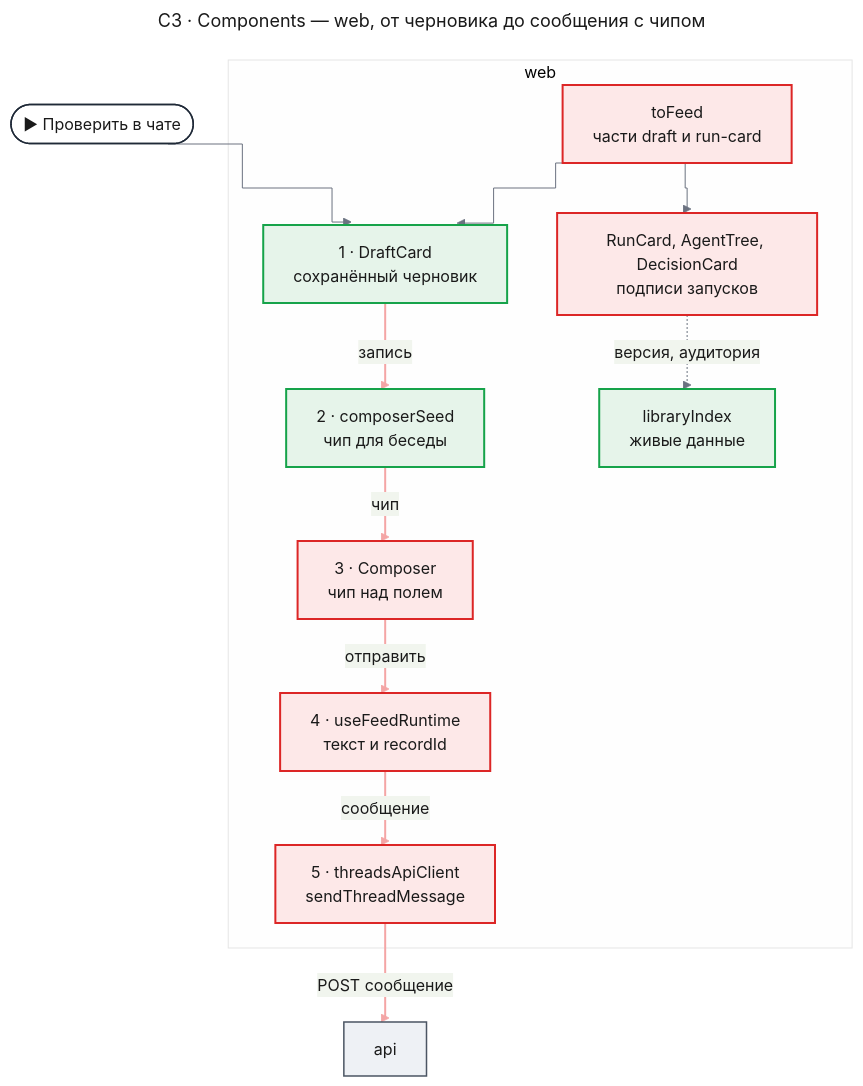
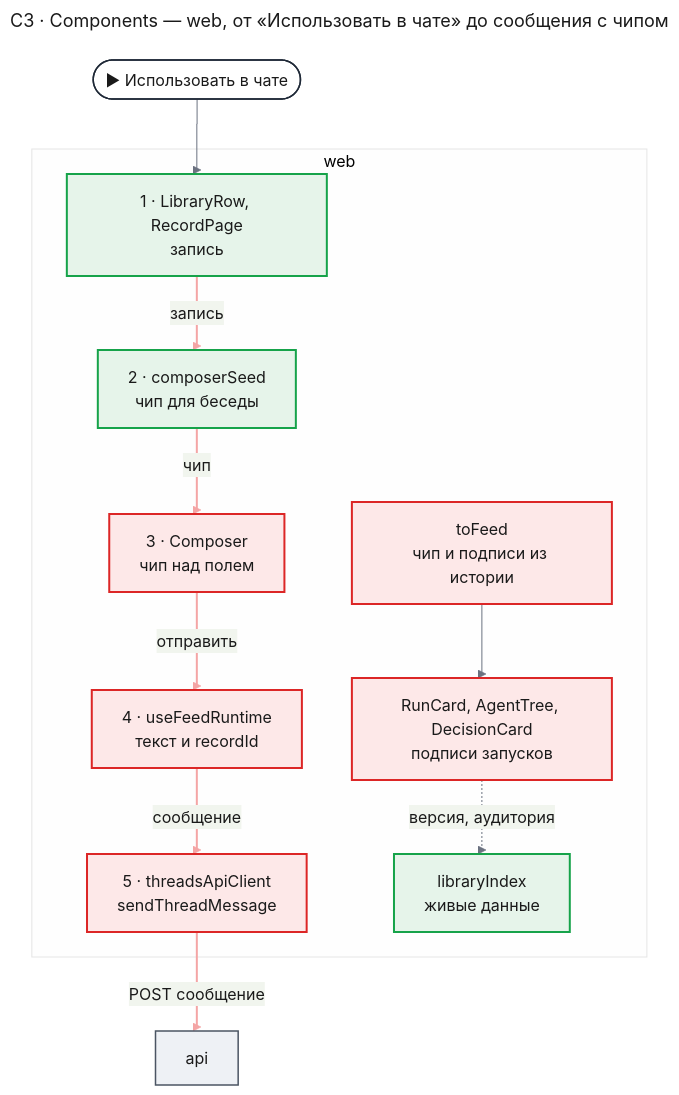
The third of 7 diagrams in docs/features/custom-agents/design-web.md (tundraray/agent-os), drawn with Mermaid before and after one commit. The commit also changed other lines of this file and 1225 other files, not shown here.

````diff
--- a/docs/features/custom-agents/design-web.md
+++ b/docs/features/custom-agents/design-web.md
@@ -284,57 +264,56 @@
 ```mermaid
 ---
-title: "C3 · Components — web, от черновика до сообщения с чипом"
+title: "C3 · Components — web, от «Использовать в чате» до сообщения с чипом"
 config:
   theme: base
   look: classic
   themeVariables:
     primaryColor: "#eef1f5"
     primaryBorderColor: "#4b5563"
     primaryTextColor: "#1a1a1a"
     lineColor: "#6b7280"
   flowchart:
     curve: step
   themeCSS: |
     @keyframes lit_wc3c{0%,15%{stroke:#991b1b;stroke-width:6px}16.67%,100%{stroke:#f4a5a5;stroke-width:2px}}
 ---
 flowchart TB
-    entry(["▶ Проверить в чате"])
+    entry(["▶ Использовать в чате"])
     subgraph webBox["web"]
-        card["1 · DraftCard<br/>сохранённый черновик"]
-        feed["toFeed<br/>части draft и run-card"]
+        row["1 · LibraryRow, RecordPage<br/>запись"]
         seed["2 · composerSeed<br/>чип для беседы"]
         composer["3 · Composer<br/>чип над полем"]
         runtime["4 · useFeedRuntime<br/>текст и recordId"]
         client["5 · threadsApiClient<br/>sendThreadMessage"]
+        feed["toFeed<br/>чип и подписи из истории"]
         labels["RunCard, AgentTree, DecisionCard<br/>подписи запусков"]
         index["libraryIndex<br/>живые данные"]
     end
     api["api"]
-    entry --> card
-    feed --> card
-    card e1@-->|"запись"| seed
+    entry --> row
+    row e1@-->|"запись"| seed
     seed e2@-->|"чип"| composer
     composer e3@-->|"отправить"| runtime
     runtime e4@-->|"сообщение"| client
     client e5@-->|"POST сообщение"| api
     feed --> labels
     labels -.->|"версия, аудитория"| index
     classDef entry fill:#ffffff,stroke:#1f2937,stroke-width:1.5px,color:#1a1a1a
     classDef changed fill:#fde8e8,stroke:#dc2626,stroke-width:2px,color:#1a1a1a
     classDef new fill:#e6f4ea,stroke:#16a34a,stroke-width:2px,color:#1a1a1a
     classDef unchanged fill:#eef1f5,stroke:#4b5563,stroke-width:1.5px,color:#1a1a1a
     classDef w1 stroke:#f4a5a5,stroke-width:2px,animation:lit_wc3c 6s linear 0s infinite
     classDef w2 stroke:#f4a5a5,stroke-width:2px,animation:lit_wc3c 6s linear 1.2s infinite
     classDef w3 stroke:#f4a5a5,stroke-width:2px,animation:lit_wc3c 6s linear 2.4s infinite
     classDef w4 stroke:#f4a5a5,stroke-width:2px,animation:lit_wc3c 6s linear 3.6s infinite
     classDef w5 stroke:#f4a5a5,stroke-width:2px,animation:lit_wc3c 6s linear 4.8s infinite
     class entry entry
     class feed,composer,runtime,client,labels changed
-    class card,seed,index new
+    class row,seed,index new
     class api unchanged
     class e1 w1
     class e2 w2
     class e3 w3
     class e4 w4
     class e5 w5
 ```
````
